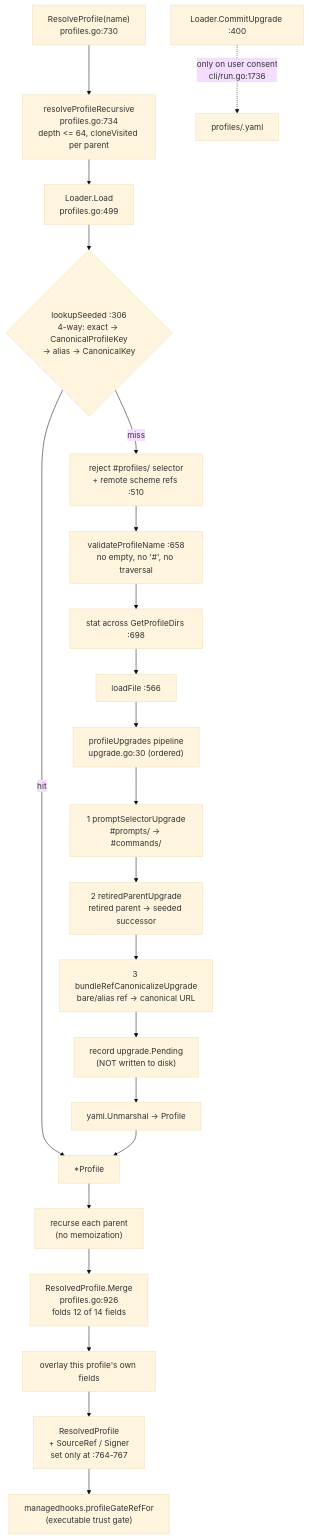
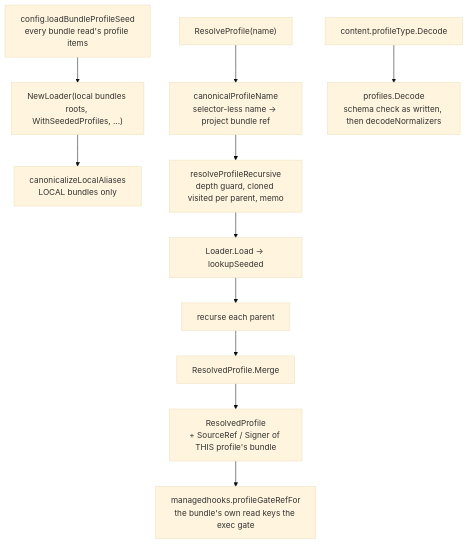
One commit to ctxloom/ctxloom changed the diagram in docs/architecture/core/profiles.md. Above: the diagram before and after it, drawn with Mermaid (base theme). The commit also changed other lines of this file and 21 other files, not shown here.

First line of the commit message:
docs(profiles): profiles are the project bundle's items

````diff
--- a/docs/architecture/core/profiles.md
+++ b/docs/architecture/core/profiles.md
@@ -33,29 +44,14 @@
 ```mermaid
 flowchart TD
-    CALL["ResolveProfile(name)<br/>profiles.go:730"] --> REC["resolveProfileRecursive<br/>profiles.go:734<br/>depth <= 64, cloneVisited per parent"]
-    REC --> LOAD["Loader.Load<br/>profiles.go:499"]
+    SEED["config.loadBundleProfileSeed<br/>every bundle read's profile items"] --> NEW["NewLoader(local bundles roots, WithSeededProfiles, ...)"]
+    NEW --> ALIAS["canonicalizeLocalAliases<br/>LOCAL bundles only"]
+    CALL["ResolveProfile(name)"] --> CAN["canonicalProfileName<br/>selector-less name -> project bundle ref"]
+    CAN --> REC["resolveProfileRecursive<br/>depth guard, cloned visited per parent, memo"]
+    REC --> LOAD["Loader.Load -> lookupSeeded"]
+    LOAD --> PAR["recurse each parent"]
+    PAR --> MERGE["ResolvedProfile.Merge"]
+    MERGE --> OUT["ResolvedProfile<br/>+ SourceRef / Signer of THIS profile's bundle"]
+    OUT --> GATE["managedhooks.profileGateRefFor<br/>the bundle's own read keys the exec gate"]
 
-    LOAD --> SEED{"lookupSeeded :306<br/>4-way: exact -> CanonicalProfileKey<br/>-> alias -> CanonicalKey"}
-    SEED -- hit --> DOC["*Profile"]
-    SEED -- miss --> REJ["reject #profiles/ selector<br/>+ remote scheme refs :510"]
-    REJ --> VAL["validateProfileName :658<br/>no empty, no '#', no traversal"]
-    VAL --> STAT["stat across GetProfileDirs :698"]
-    STAT --> LF["loadFile :566"]
-
-    LF --> UPG["profileUpgrades pipeline<br/>upgrade.go:30 (ordered)"]
-    UPG --> U1["1 promptSelectorUpgrade<br/>#prompts/ -> #commands/"]
-    U1 --> U2["2 retiredParentUpgrade<br/>retired parent -> seeded successor"]
-    U2 --> U3["3 bundleRefCanonicalizeUpgrade<br/>bare/alias ref -> canonical URL"]
-    U3 --> PEND["record upgrade.Pending<br/>(NOT written to disk)"]
-    PEND --> UNM["yaml.Unmarshal -> Profile"]
-    UNM --> DOC
-
-    DOC --> PAR["recurse each parent<br/>(no memoization)"]
-    PAR --> MERGE["ResolvedProfile.Merge<br/>profiles.go:926<br/>folds 12 of 14 fields"]
-    MERGE --> SELF["overlay this profile's own fields"]
-    SELF --> OUT["ResolvedProfile<br/>+ SourceRef / Signer<br/>set only at :764-767"]
-
-    OUT --> GATE["managedhooks.profileGateRefFor<br/>(executable trust gate)"]
-
-    COMMIT["Loader.CommitUpgrade :400"] -.->|"only on user consent<br/>cli/run.go:1736"| DISK["profiles/<name>.yaml"]
+    ITEM["content.profileType.Decode"] --> DEC["profiles.Decode<br/>schema check as written, then decodeNormalizers"]
 ```
````
